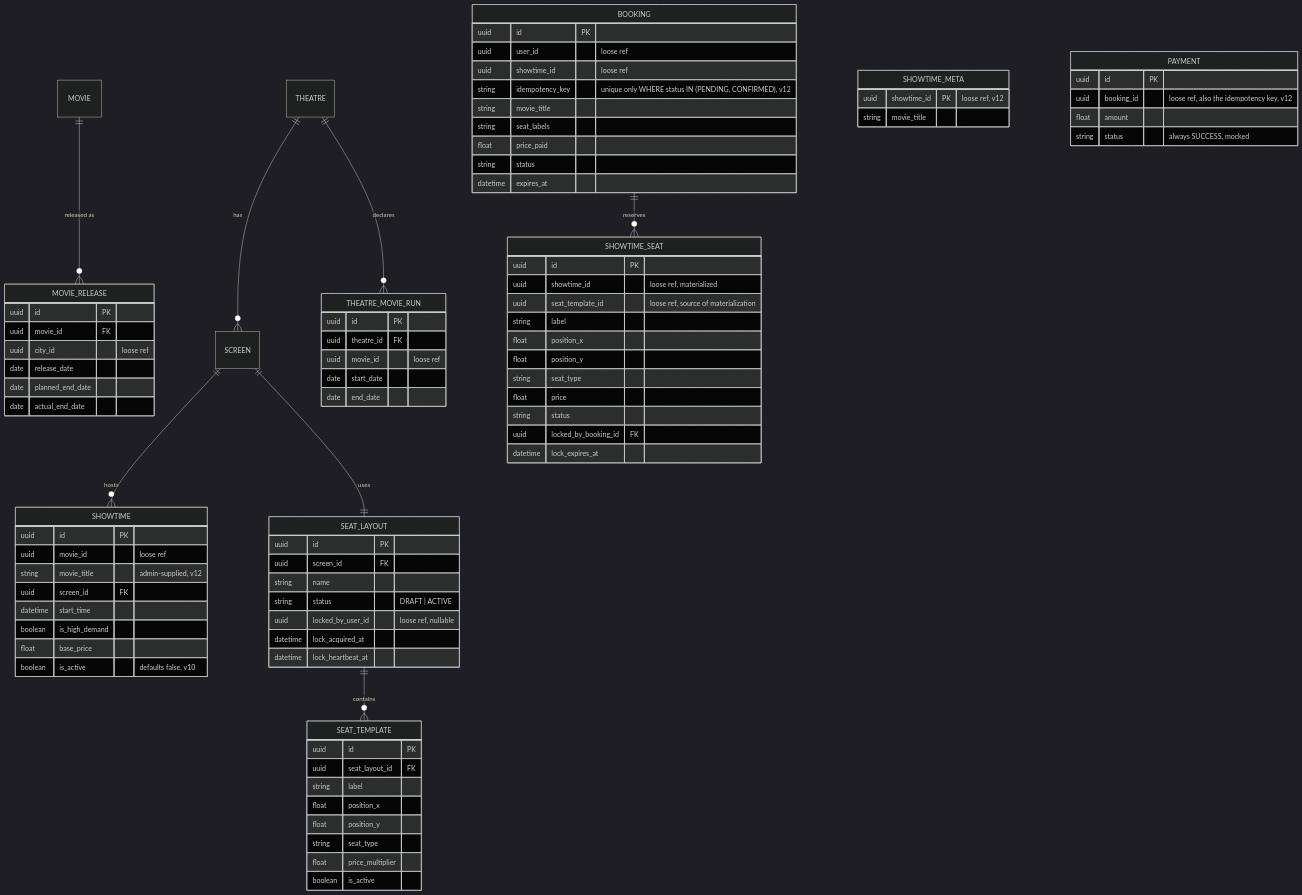
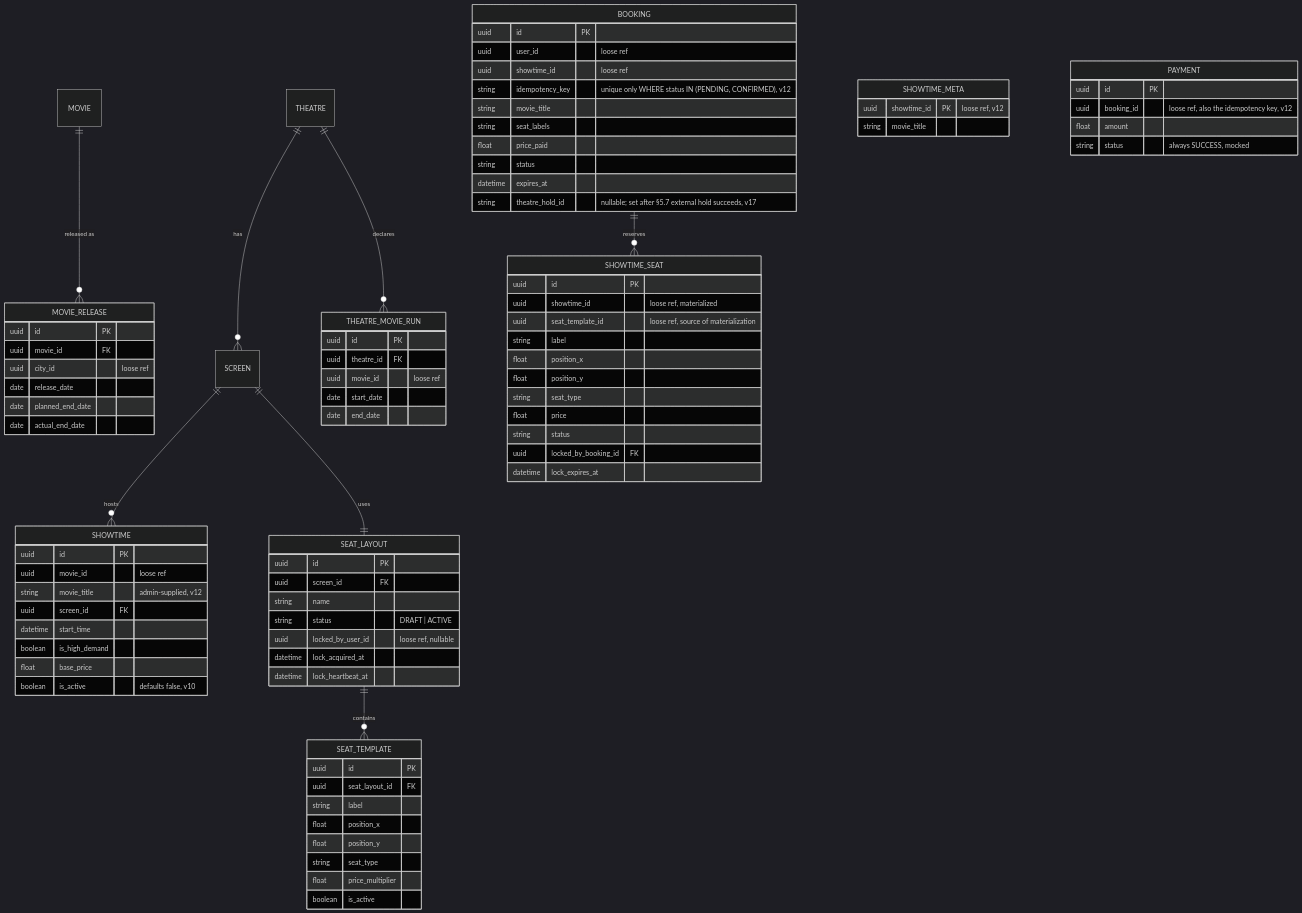
Before and after one commit to nishantsuren/movie-booking-system: the diagram in docs/design.md, drawn with Mermaid (dark theme). The commit also changed other lines of this file and 9 other files, not shown here.

```diff
--- a/docs/design.md
+++ b/docs/design.md
@@ -213,6 +216,7 @@
     float price_paid
     string status
     datetime expires_at
+    string theatre_hold_id "nullable; set after §5.7 external hold succeeds, v17"
   }
   PAYMENT {
     uuid id PK
```
